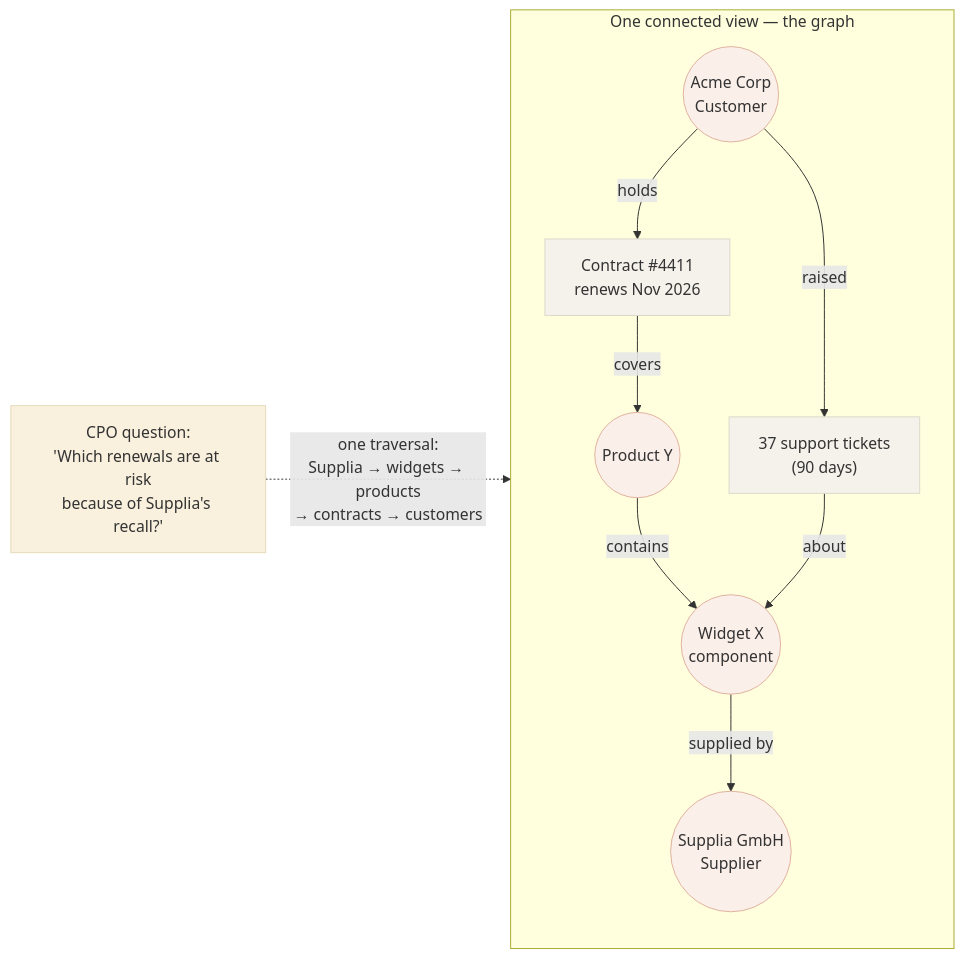
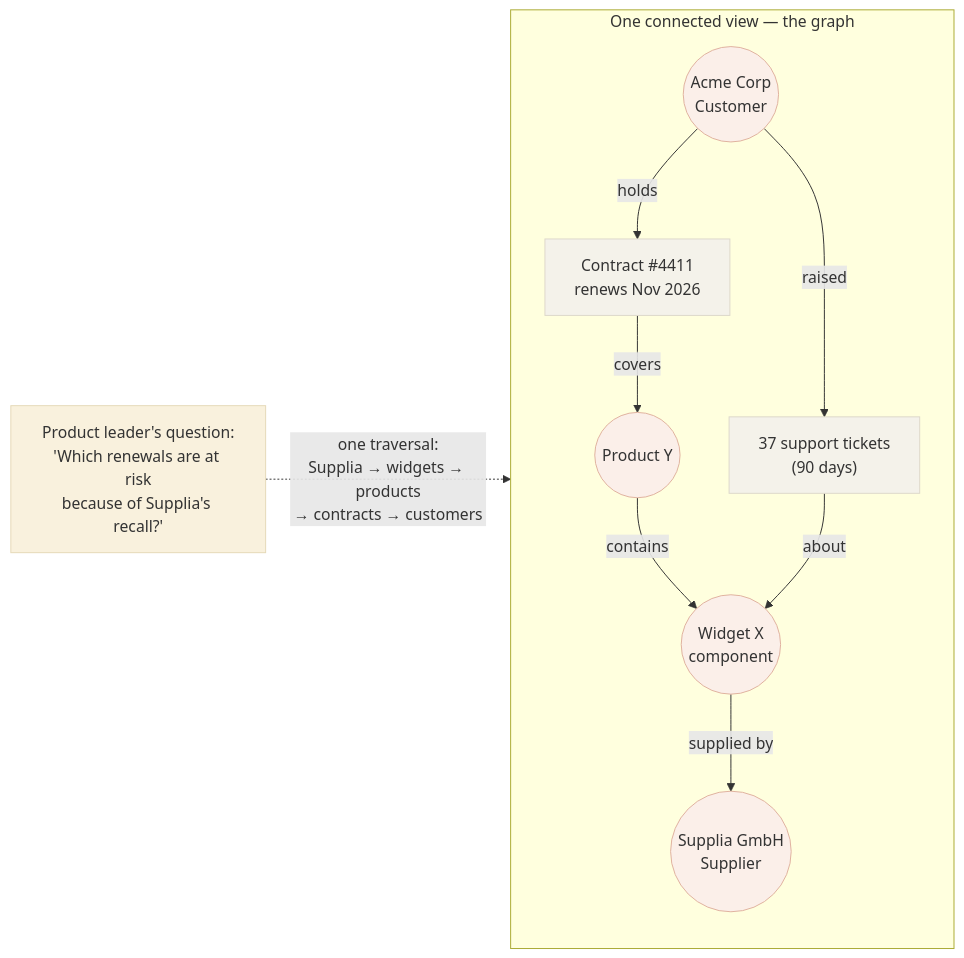
The diagram in knowledge-graphs/what-is-a-knowledge-graph.md (aakashagg123/gatsby), drawn with Mermaid before and after one commit. The commit also changed 14 other files, not shown here.

First line of the commit message:
Remove "CPO" references from knowledge-graphs, use "product leader" (#87)

````diff
--- a/knowledge-graphs/what-is-a-knowledge-graph.md
+++ b/knowledge-graphs/what-is-a-knowledge-graph.md
@@ -54,22 +54,22 @@
 ```mermaid
 flowchart LR
   subgraph G["One connected view — the graph"]
     ACME(("Acme Corp<br/>Customer")):::ent
     C1["Contract #4411<br/>renews Nov 2026"]:::doc
     P1(("Product Y")):::ent
     W(("Widget X<br/>component")):::ent
     S(("Supplia GmbH<br/>Supplier")):::ent
     T["37 support tickets<br/>(90 days)"]:::doc
     ACME -->|"holds"| C1
     C1 -->|"covers"| P1
     P1 -->|"contains"| W
     W -->|"supplied by"| S
     ACME -->|"raised"| T
     T -->|"about"| W
   end
-  Q["CPO question:<br/>'Which renewals are at risk<br/>because of Supplia's recall?'"]:::q
+  Q["Product leader's question:<br/>'Which renewals are at risk<br/>because of Supplia's recall?'"]:::q
   Q -.->|"one traversal:<br/>Supplia → widgets → products<br/>→ contracts → customers"| G
   classDef ent fill:#fbefe9,stroke:#e0b29e
   classDef doc fill:#f4f2ea,stroke:#ddd8ca
   classDef q fill:#f9f1dd,stroke:#e5d9b8
 ```
````
